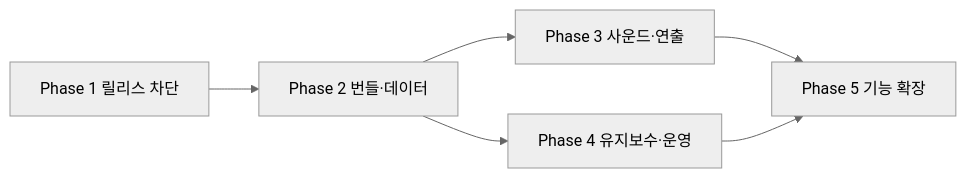
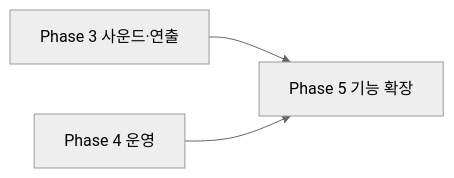
One commit to nemobim/ebul_kcik changed the diagram in docs/ROADMAP.md. Above: the diagram before and after it, drawn with Mermaid (neutral theme). The commit also changed other lines of this file and 1 other file, not shown here.

First line of the commit message:
docs: ROADMAP 완료 항목 제거하고 남은 작업만 정리

````diff
--- a/docs/ROADMAP.md
+++ b/docs/ROADMAP.md
@@ -171,8 +93,5 @@
 ```mermaid
 flowchart LR
-    P1["Phase 1 릴리스 차단"] --> P2["Phase 2 번들·데이터"]
-    P2 --> P3["Phase 3 사운드·연출"]
-    P2 --> P4["Phase 4 유지보수·운영"]
-    P3 --> P5["Phase 5 기능 확장"]
-    P4 --> P5
+    P3["Phase 3 사운드·연출"] --> P5["Phase 5 기능 확장"]
+    P4["Phase 4 운영"] --> P5
 ```
````
